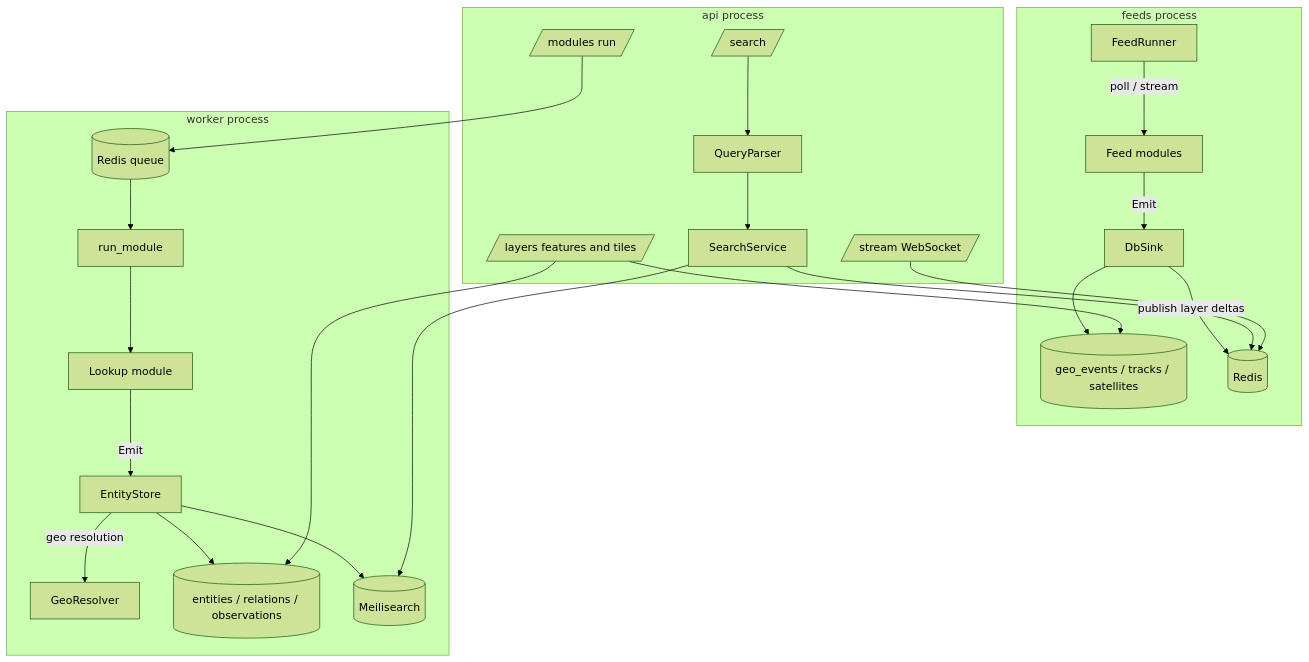
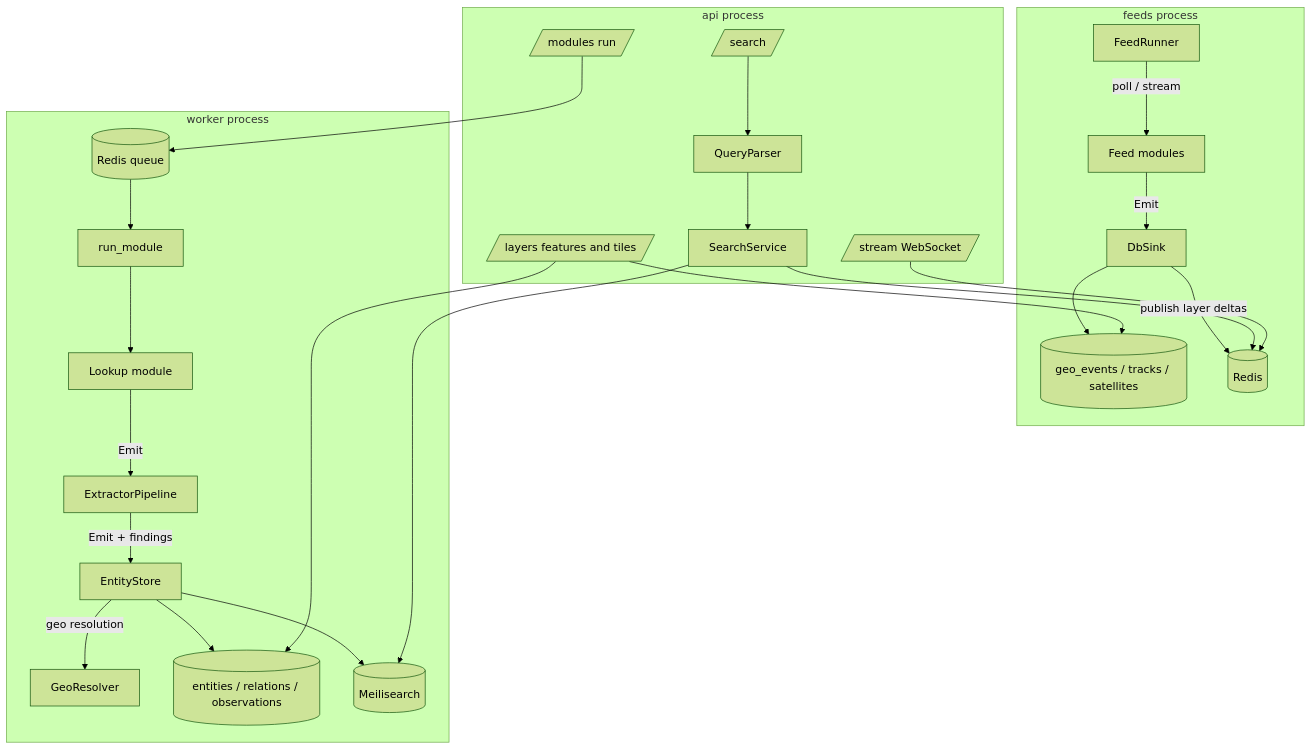
Before and after one commit to mellow-mike/osint-board: the diagram in docs/01-architecture.md, drawn with Mermaid (forest theme). The commit also changed other lines of this file and 58 other files, not shown here.

````diff
--- a/docs/01-architecture.md
+++ b/docs/01-architecture.md
@@ -20,26 +20,27 @@
 ```mermaid
 flowchart TB
   subgraph ingest["feeds process"]
     FR[FeedRunner] -->|poll / stream| FM[Feed modules]
     FM -->|Emit| DS[DbSink]
     DS --> GE[(geo_events / tracks / satellites)]
     DS -->|publish layer deltas| R[(Redis)]
   end
   subgraph ondemand["worker process"]
     Q[(Redis queue)] --> W[run_module]
     W --> LM[Lookup module]
-    LM -->|Emit| ES[EntityStore]
+    LM -->|Emit| EX[ExtractorPipeline]
+    EX -->|Emit + findings| ES[EntityStore]
     ES -->|geo resolution| GR[GeoResolver]
     ES --> ENT[(entities / relations / observations)]
     ES --> IDX[(Meilisearch)]
   end
   subgraph api["api process"]
     S[/search/] --> P[QueryParser] --> SS[SearchService]
     SS --> IDX
     SS --> R
     L[/layers features and tiles/] --> GE
     L --> ENT
     M[/modules run/] --> Q
     WS[/stream WebSocket/] --> R
   end
 ```
````
